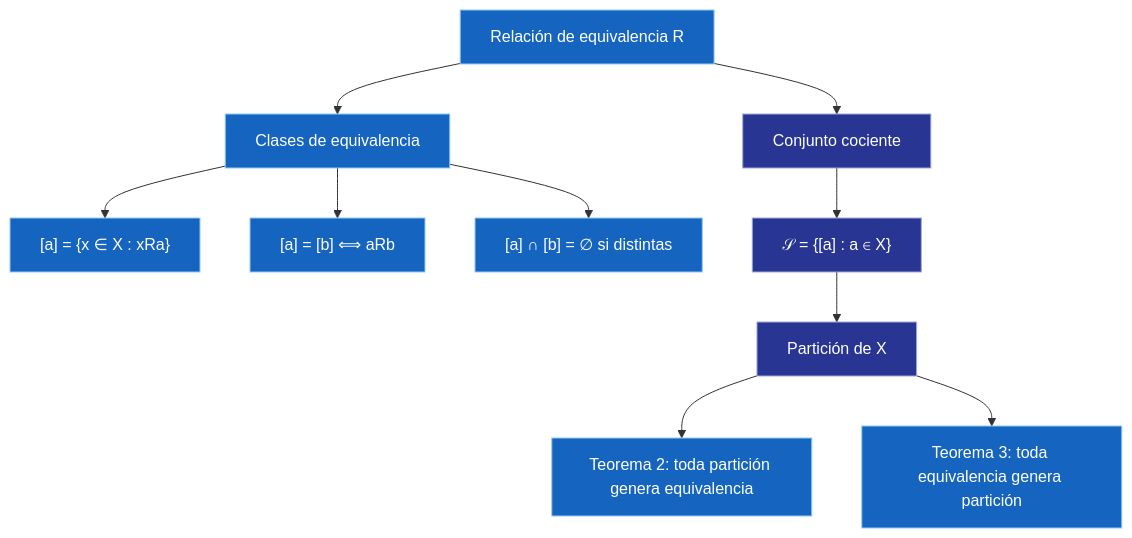
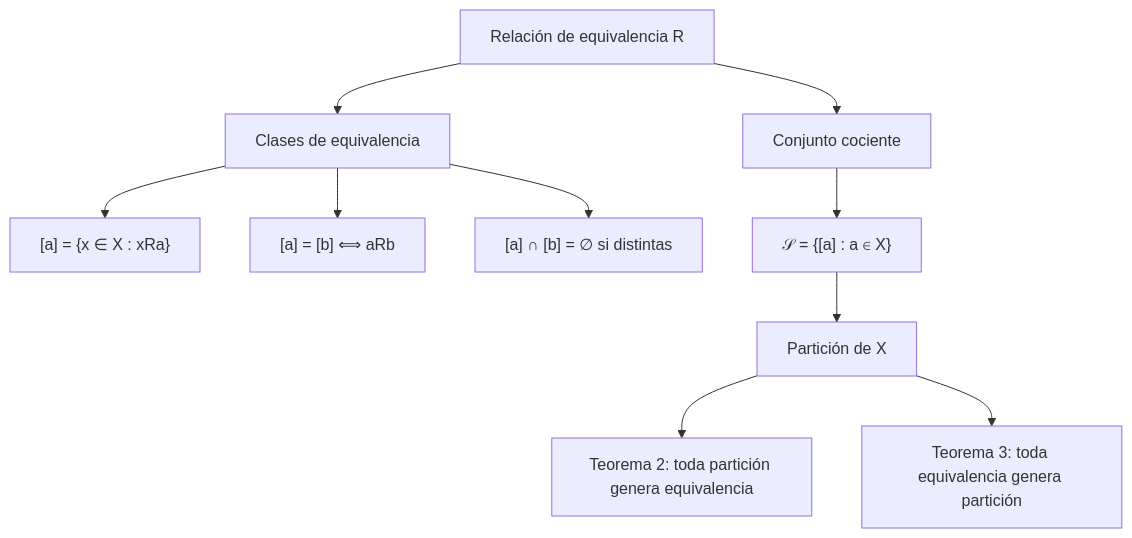
Before and after one commit to Fsteven22/Notas-ESPOL: the diagram in src/site/notes/Universidad/3er Semestre/Matemáticas Discretas/Unidad 2 - Funciones y Relaciones/03 - Propiedades y Equivalencia.md, drawn with Mermaid. The commit also changed other lines of this file and 179 other files, not shown here.

````diff
--- a/src/site/notes/Universidad/3er Semestre/Matemáticas Discretas/Unidad 2 - Funciones y Relaciones/03 - Propiedades y Equivalencia.md
+++ b/src/site/notes/Universidad/3er Semestre/Matemáticas Discretas/Unidad 2 - Funciones y Relaciones/03 - Propiedades y Equivalencia.md
@@ -195,23 +187,13 @@
 ```mermaid
 graph TD
     A[Relación de equivalencia R] --> B[Clases de equivalencia]
     B --> C["[a] = {x ∈ X : xRa}"]
     B --> D["[a] = [b] ⟺ aRb"]
     B --> E["[a] ∩ [b] = ∅ si distintas"]
     A --> F[Conjunto cociente]
     F --> G["𝒮 = {[a] : a ∈ X}"]
     G --> H[Partición de X]
     H --> I[Teorema 2: toda partición genera equivalencia]
     H --> J[Teorema 3: toda equivalencia genera partición]
-    style A fill:#1565C0,color:#FFFFFF,stroke:#90CAF9,stroke-width:1px
-    style B fill:#1565C0,color:#FFFFFF,stroke:#90CAF9,stroke-width:1px
-    style C fill:#1565C0,color:#FFFFFF,stroke:#90CAF9,stroke-width:1px
-    style D fill:#1565C0,color:#FFFFFF,stroke:#90CAF9,stroke-width:1px
-    style E fill:#1565C0,color:#FFFFFF,stroke:#90CAF9,stroke-width:1px
-    style F fill:#283593,color:#FFFFFF,stroke:#9FA8DA,stroke-width:1px
-    style G fill:#283593,color:#FFFFFF,stroke:#9FA8DA,stroke-width:1px
-    style H fill:#283593,color:#FFFFFF,stroke:#9FA8DA,stroke-width:1px
-    style I fill:#1565C0,color:#FFFFFF,stroke:#90CAF9,stroke-width:1px
-    style J fill:#1565C0,color:#FFFFFF,stroke:#90CAF9,stroke-width:1px
 
 ```
````
